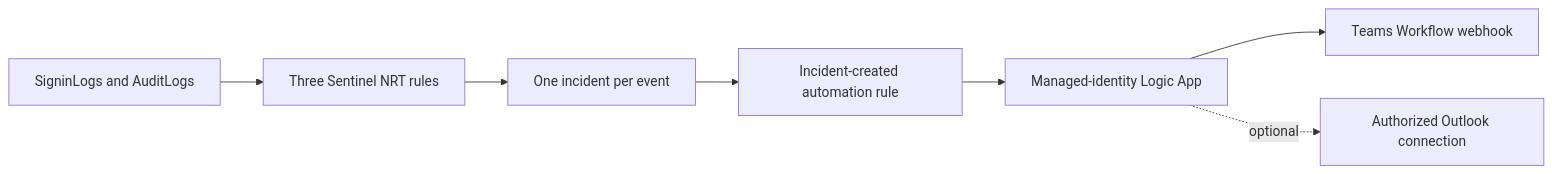
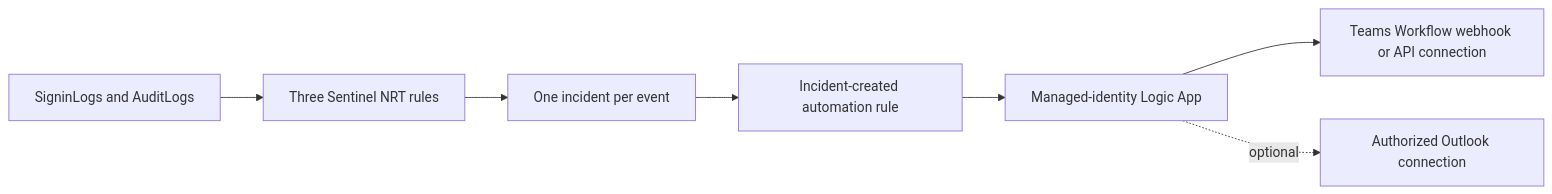
The sixth of 6 diagrams in README.md (nathanmcnulty/azd-emergency-access), drawn with Mermaid before and after one commit. The commit also changed other lines of this file and 11 other files, not shown here.

````diff
--- a/README.md
+++ b/README.md
@@ -193,9 +217,9 @@
 ```mermaid
 flowchart LR
   Entra[SigninLogs and AuditLogs] --> NRT[Three Sentinel NRT rules]
   NRT --> Incident[One incident per event]
   Incident --> Automation[Incident-created automation rule]
   Automation --> Playbook[Managed-identity Logic App]
-  Playbook --> Teams[Teams Workflow webhook]
+  Playbook --> Teams[Teams Workflow webhook or API connection]
   Playbook -. optional .-> Outlook[Authorized Outlook connection]
 ```
````
